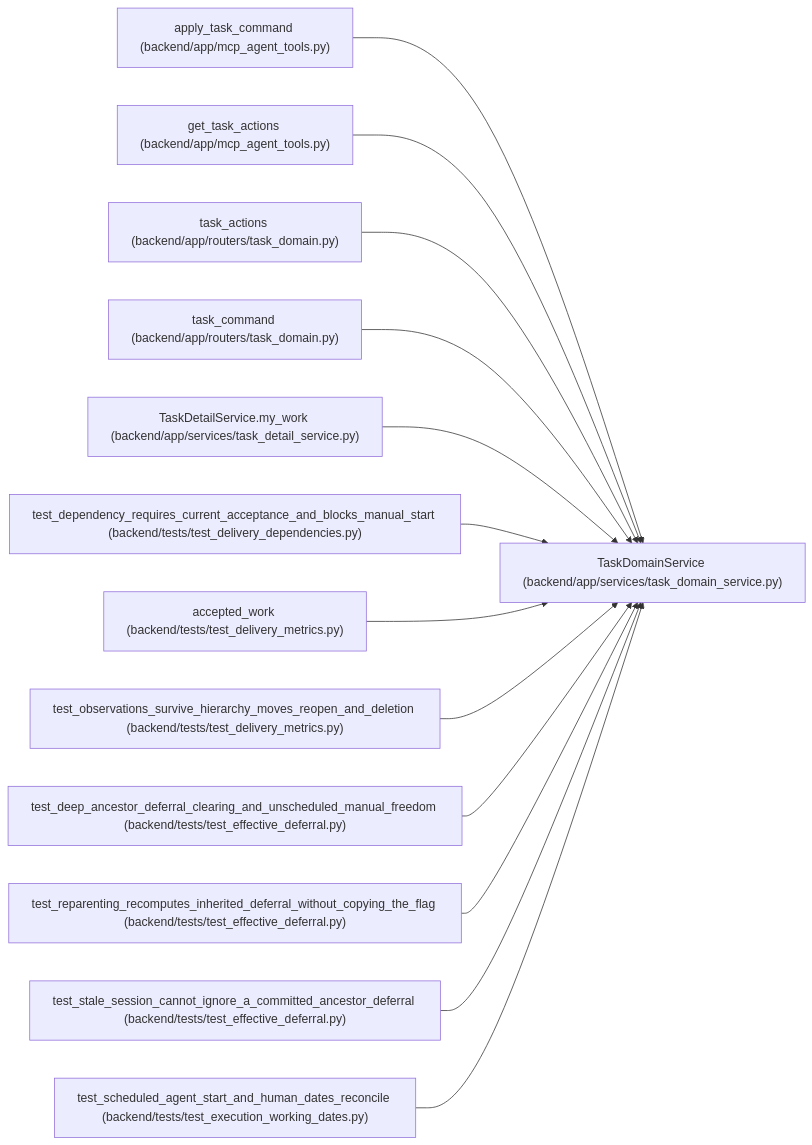
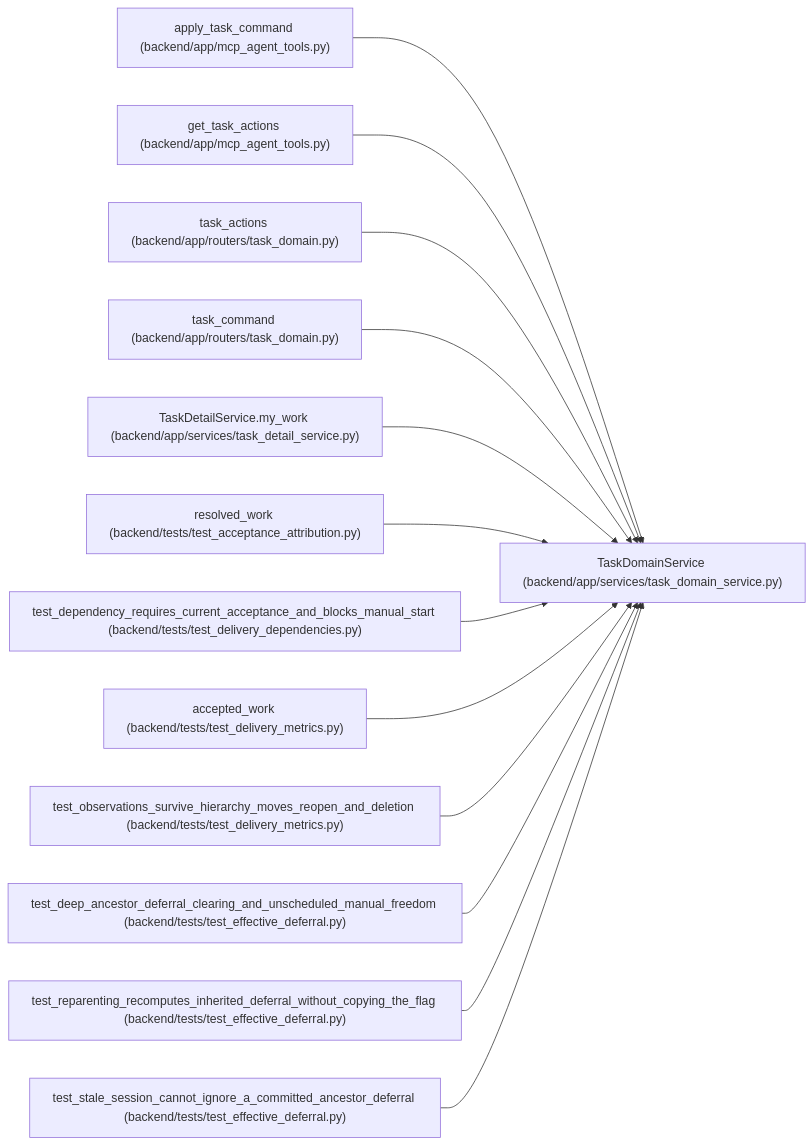
Before and after one commit to Denissvgn/WorkChord: the diagram in docs/llm_wiki/entities/TaskDomainService.md, drawn with Mermaid. The commit also changed other lines of this file and 2373 other files, not shown here.

````diff
--- a/docs/llm_wiki/entities/TaskDomainService.md
+++ b/docs/llm_wiki/entities/TaskDomainService.md
@@ -32,41 +32,41 @@
 ```mermaid
 flowchart LR
     n0["TaskDomainService (backend/app/services/task_domain_service.py)"]
     n1["apply_task_command (backend/app/mcp_agent_tools.py)"]
     n2["get_task_actions (backend/app/mcp_agent_tools.py)"]
     n3["task_actions (backend/app/routers/task_domain.py)"]
     n4["task_command (backend/app/routers/task_domain.py)"]
     n5["TaskDetailService.my_work (backend/app/services/task_detail_service.py)"]
-    n6["test_dependency_requires_current_acceptance_and_blocks_manual_start (backend/tests/test_delivery_dependencies.py)"]
-    n7["accepted_work (backend/tests/test_delivery_metrics.py)"]
-    n8["test_observations_survive_hierarchy_moves_reopen_and_deletion (backend/tests/test_delivery_metrics.py)"]
-    n9["test_deep_ancestor_deferral_clearing_and_unscheduled_manual_freedom (backend/tests/test_effective_deferral.py)"]
-    n10["test_reparenting_recomputes_inherited_deferral_without_copying_the_flag (backend/tests/test_effective_deferral.py)"]
-    n11["test_stale_session_cannot_ignore_a_committed_ancestor_deferral (backend/tests/test_effective_deferral.py)"]
-    n12["test_scheduled_agent_start_and_human_dates_reconcile (backend/tests/test_execution_working_dates.py)"]
+    n6["resolved_work (backend/tests/test_acceptance_attribution.py)"]
+    n7["test_dependency_requires_current_acceptance_and_blocks_manual_start (backend/tests/test_delivery_dependencies.py)"]
+    n8["accepted_work (backend/tests/test_delivery_metrics.py)"]
+    n9["test_observations_survive_hierarchy_moves_reopen_and_deletion (backend/tests/test_delivery_metrics.py)"]
+    n10["test_deep_ancestor_deferral_clearing_and_unscheduled_manual_freedom (backend/tests/test_effective_deferral.py)"]
+    n11["test_reparenting_recomputes_inherited_deferral_without_copying_the_flag (backend/tests/test_effective_deferral.py)"]
+    n12["test_stale_session_cannot_ignore_a_committed_ancestor_deferral (backend/tests/test_effective_deferral.py)"]
     n1 --> n0
     n2 --> n0
     n3 --> n0
     n4 --> n0
     n5 --> n0
     n6 --> n0
     n7 --> n0
     n8 --> n0
     n9 --> n0
     n10 --> n0
     n11 --> n0
     n12 --> n0
     click n0 "../modules/task_domain_service.md"
     click n1 "../modules/mcp_agent_tools.md"
     click n2 "../modules/mcp_agent_tools.md"
     click n3 "../modules/routers_task_domain.md"
     click n4 "../modules/routers_task_domain.md"
     click n5 "../modules/task_detail_service.md"
-    click n6 "../modules/test_delivery_dependencies.md"
-    click n7 "../modules/test_delivery_metrics.md"
+    click n6 "../modules/test_acceptance_attribution.md"
+    click n7 "../modules/test_delivery_dependencies.md"
     click n8 "../modules/test_delivery_metrics.md"
-    click n9 "../modules/test_effective_deferral.md"
+    click n9 "../modules/test_delivery_metrics.md"
     click n10 "../modules/test_effective_deferral.md"
     click n11 "../modules/test_effective_deferral.md"
-    click n12 "../modules/test_execution_working_dates.md"
+    click n12 "../modules/test_effective_deferral.md"
 ```
````
